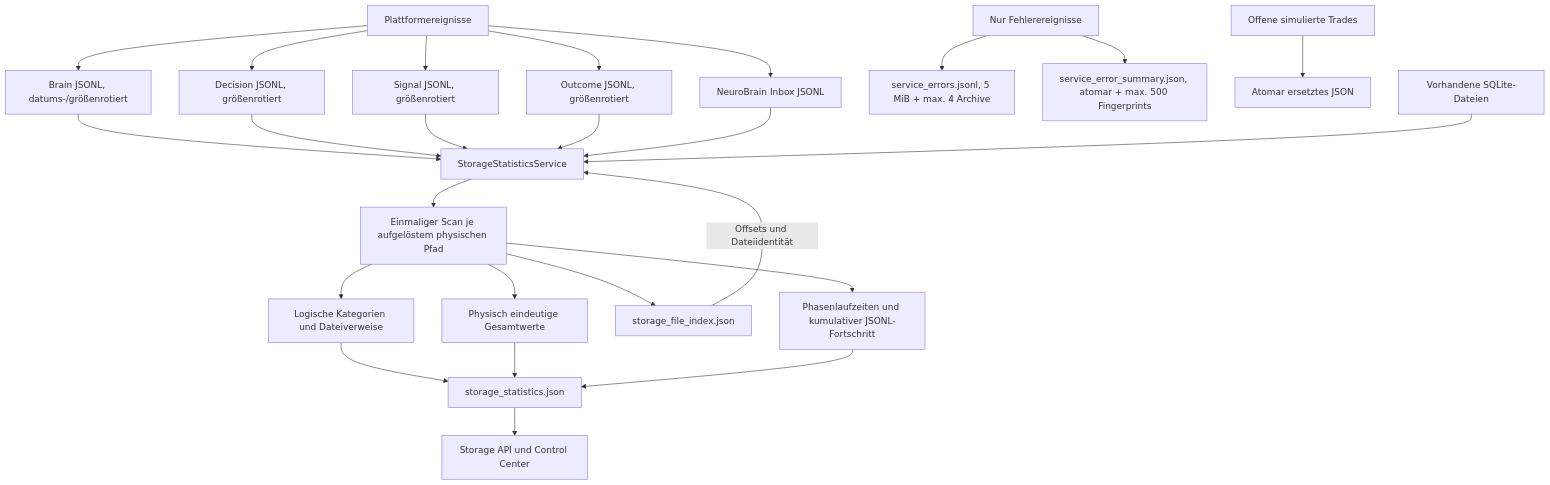
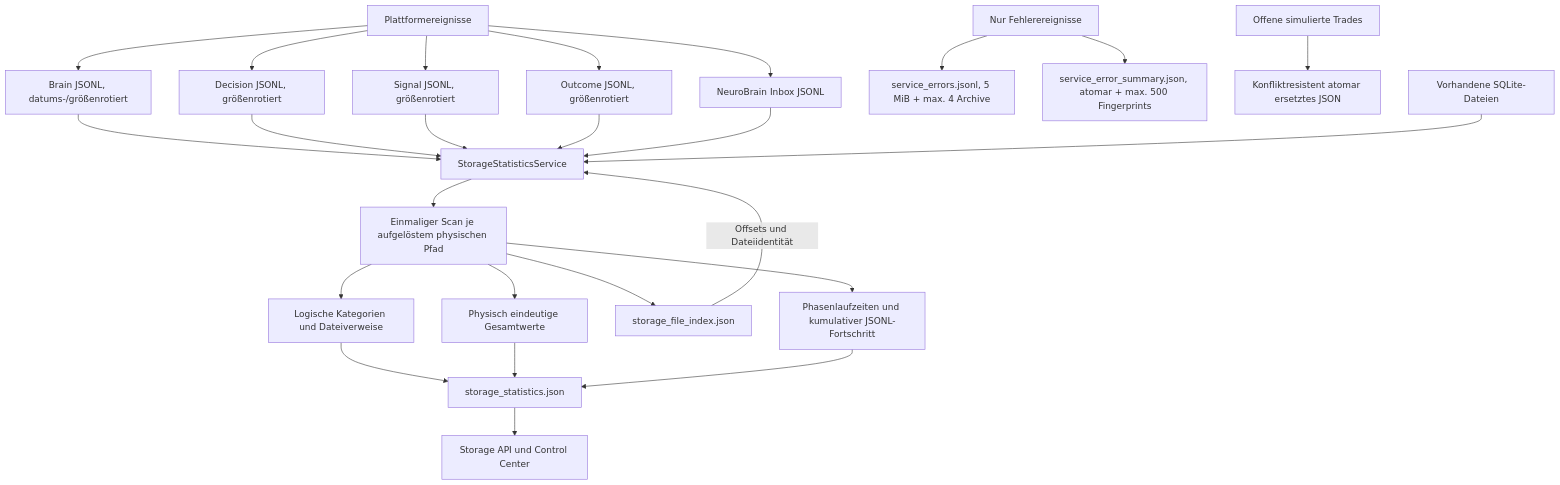
One commit to cRioshy/Pando changed the third of 6 diagrams in docs/ARCHITECTURE.md. Above: the diagram before and after it, drawn with Mermaid. The commit also changed other lines of this file and 8 other files, not shown here.

````diff
--- a/docs/ARCHITECTURE.md
+++ b/docs/ARCHITECTURE.md
@@ -103,22 +103,22 @@
 ```mermaid
 flowchart TD
     EVENTS["Plattformereignisse"] --> BRAIN["Brain JSONL, datums-/größenrotiert"]
     EVENTS --> DEC["Decision JSONL, größenrotiert"]
     EVENTS --> SIG["Signal JSONL, größenrotiert"]
     EVENTS --> OUT["Outcome JSONL, größenrotiert"]
     EVENTS --> NEURO["NeuroBrain Inbox JSONL"]
     ERRORS["Nur Fehlerereignisse"] --> ERRLOG["service_errors.jsonl, 5 MiB + max. 4 Archive"]
     ERRORS --> ERRSUM["service_error_summary.json, atomar + max. 500 Fingerprints"]
-    OPEN["Offene simulierte Trades"] --> JSON["Atomar ersetztes JSON"]
+    OPEN["Offene simulierte Trades"] --> JSON["Konfliktresistent atomar ersetztes JSON"]
     BRAIN & DEC & SIG & OUT & NEURO --> SCAN["StorageStatisticsService"]
     SQLITE["Vorhandene SQLite-Dateien"] --> SCAN
     SCAN --> UNIQUE["Einmaliger Scan je aufgelöstem physischen Pfad"]
     UNIQUE --> LOGICAL["Logische Kategorien und Dateiverweise"]
     UNIQUE --> PHYSICAL["Physisch eindeutige Gesamtwerte"]
     UNIQUE --> INDEX["storage_file_index.json"]
     UNIQUE --> METRICS["Phasenlaufzeiten und kumulativer JSONL-Fortschritt"]
     LOGICAL & PHYSICAL --> SNAP["storage_statistics.json"]
     METRICS --> SNAP
     INDEX -->|"Offsets und Dateiidentität"| SCAN
     SNAP --> API["Storage API und Control Center"]
 ```
````
